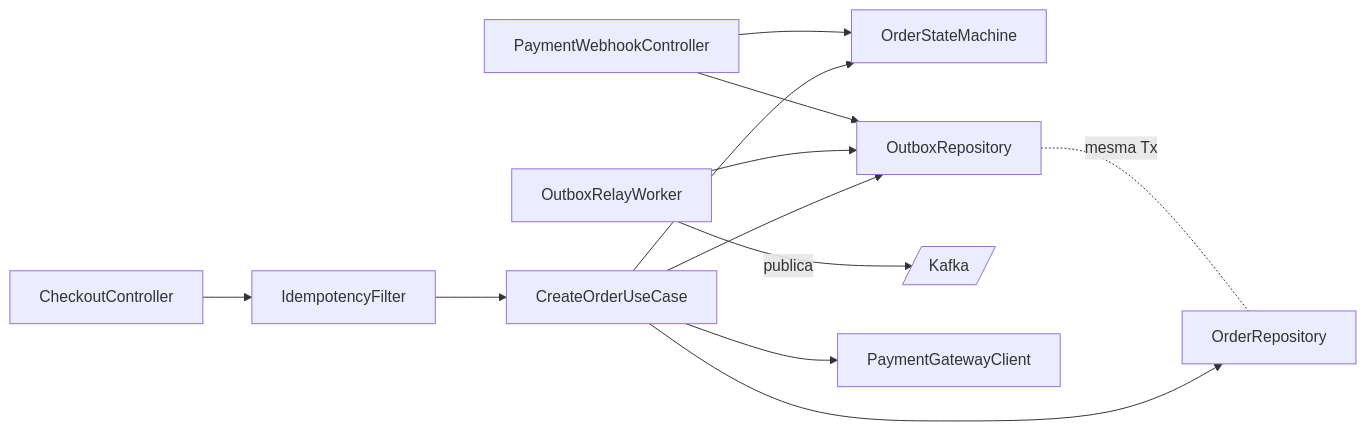
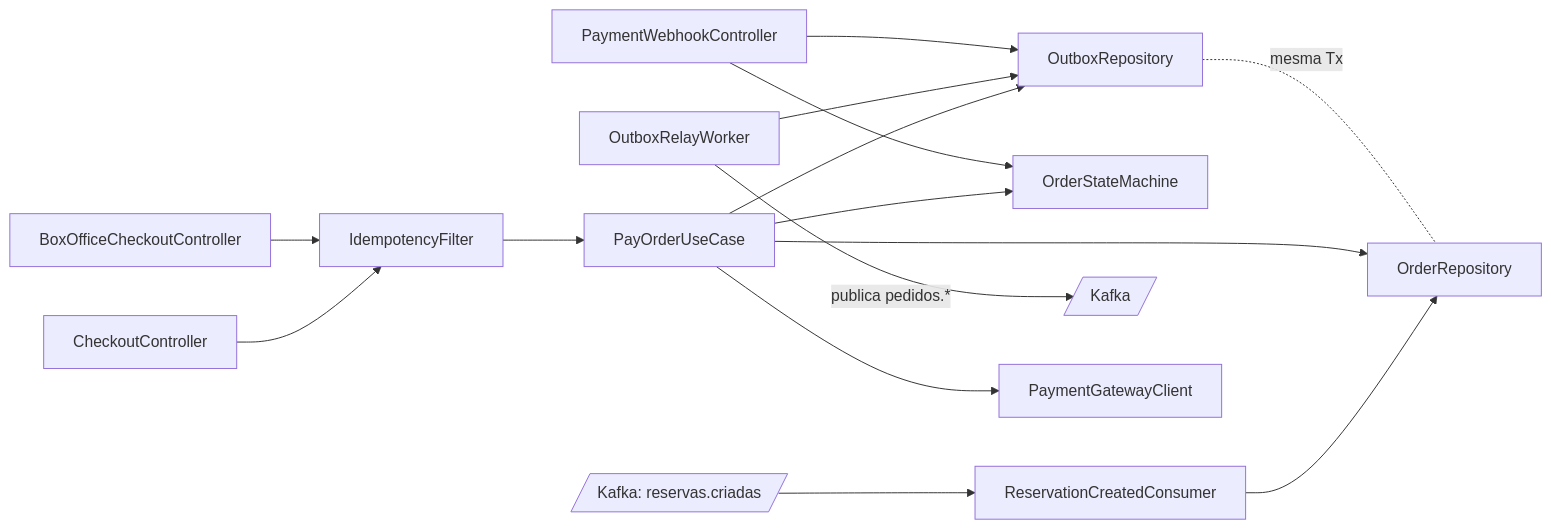
Before and after one commit to leofwingert/BolsoPass: the third of 3 diagrams in Pacote 2 - Arquitetura e Infraestrutura/01 - Arquitetura C4.md, drawn with Mermaid. The commit also changed other lines of this file and 5 other files, not shown here.

````diff
--- a/Pacote 2 - Arquitetura e Infraestrutura/01 - Arquitetura C4.md
+++ b/Pacote 2 - Arquitetura e Infraestrutura/01 - Arquitetura C4.md
@@ -154,14 +165,17 @@
 ```mermaid
 flowchart LR
+  KF1[/Kafka: reservas.criadas/] --> RC[ReservationCreatedConsumer]
+  RC --> OR[OrderRepository]
   REST[CheckoutController] --> IDE[IdempotencyFilter]
-  IDE --> UC[CreateOrderUseCase]
+  BOX[BoxOfficeCheckoutController] --> IDE
+  IDE --> UC[PayOrderUseCase]
   UC --> SM[OrderStateMachine]
-  UC --> OR[OrderRepository]
+  UC --> OR
   UC --> OX[OutboxRepository]
   OX -. mesma Tx .- OR
   WORK[OutboxRelayWorker] --> OX
-  WORK -->|publica| KF[/Kafka/]
+  WORK -->|publica pedidos.*| KF[/Kafka/]
   WH[PaymentWebhookController] --> SM
   WH --> OX
   UC --> PG[PaymentGatewayClient]
 ```
````
